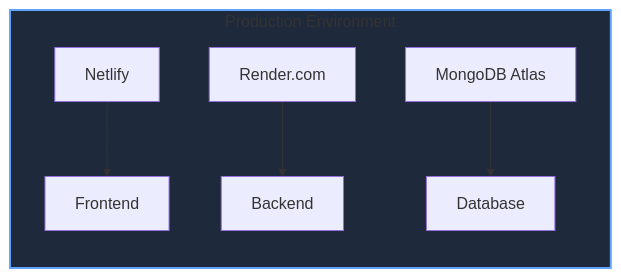
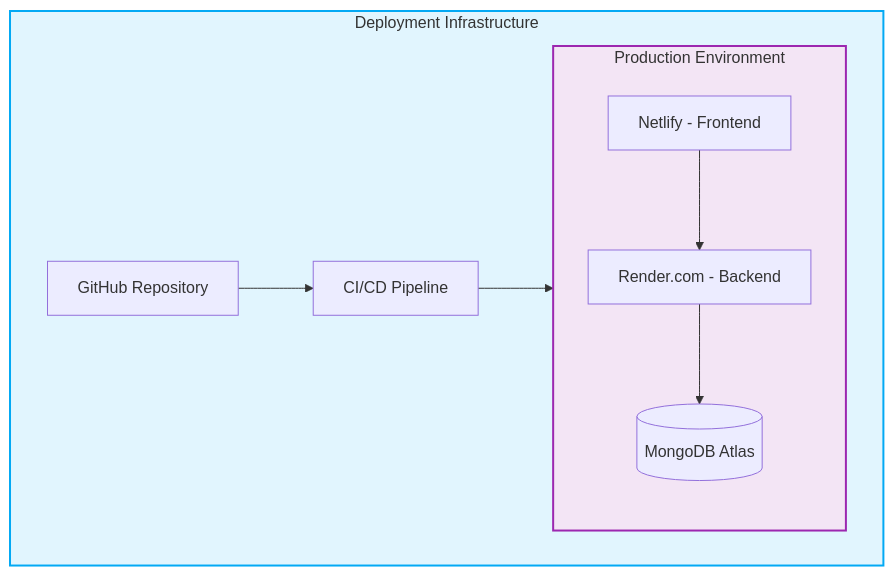
The fourth of 4 diagrams in architecture.md (ozzy2438/Full-MERN-Project), drawn with Mermaid before and after one commit. The commit also changed other lines of this file, not shown here.

Commit message:
flowchart fixed

````diff
--- a/architecture.md
+++ b/architecture.md
@@ -167,10 +161,23 @@
 ```mermaid
-graph LR
-    subgraph Production[Production Environment]
-        A[Netlify] --> B[Frontend]
-        C[Render.com] --> D[Backend]
-        E[MongoDB Atlas] --> F[Database]
+graph TB
+    subgraph DeploymentFlow[Deployment Infrastructure]
+        style DeploymentFlow fill:#e1f5fe,stroke:#03a9f4,stroke-width:2px
+        
+        Git[GitHub Repository]
+        CI[CI/CD Pipeline]
+        
+        subgraph Production[Production Environment]
+            style Production fill:#f3e5f5,stroke:#9c27b0,stroke-width:2px
+            
+            Frontend[Netlify - Frontend]
+            Backend[Render.com - Backend]
+            Database[(MongoDB Atlas)]
+            
+            Frontend --> Backend
+            Backend --> Database
+        end
+        
+        Git --> CI
+        CI --> Production
     end
-
-    style Production fill:#1e293b,stroke:#60a5fa,stroke-width:2px
 ``` 
````
